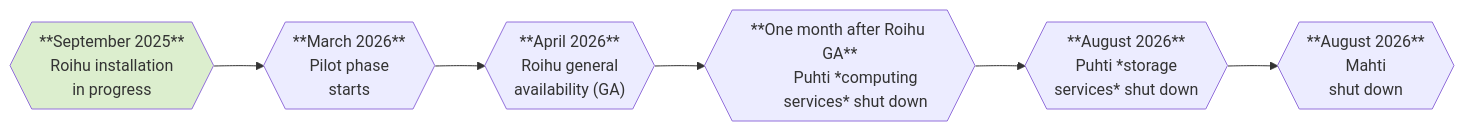
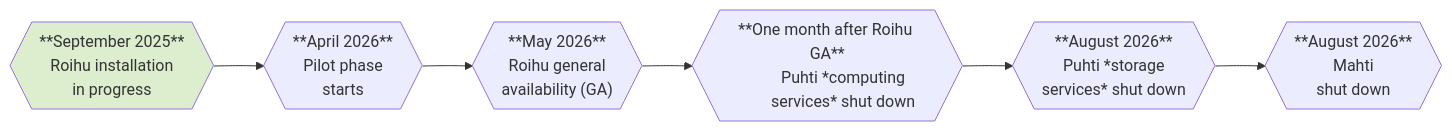
The diagram in docs/computing/systems-roihu.md (CSCfi/csc-user-guide), drawn with Mermaid before and after one commit. The commit also changed other lines of this file and 1 other file, not shown here.

Commit message:
Roihu schedule update

````diff
--- a/docs/computing/systems-roihu.md
+++ b/docs/computing/systems-roihu.md
@@ -11,22 +11,22 @@
 ```mermaid
 graph LR;
     A{{"**September 2025**
         Roihu installation
         in progress"}} --> B;
-    B{{"**March 2026**
+    B{{"**April 2026**
         Pilot phase
         starts"}} --> C;
-    C{{"**April 2026**
+    C{{"**May 2026**
         Roihu general
         availability (GA)"}} --> D;
     D{{"**One month after Roihu GA**
         Puhti *computing
         services* shut down"}} --> E;
     E{{"**August 2026**
         Puhti *storage
         services* shut down"}} --> F;
     F{{"**August 2026**
         Mahti
         shut down"}}
     style A fill:#dceeceff;
 ```
````
